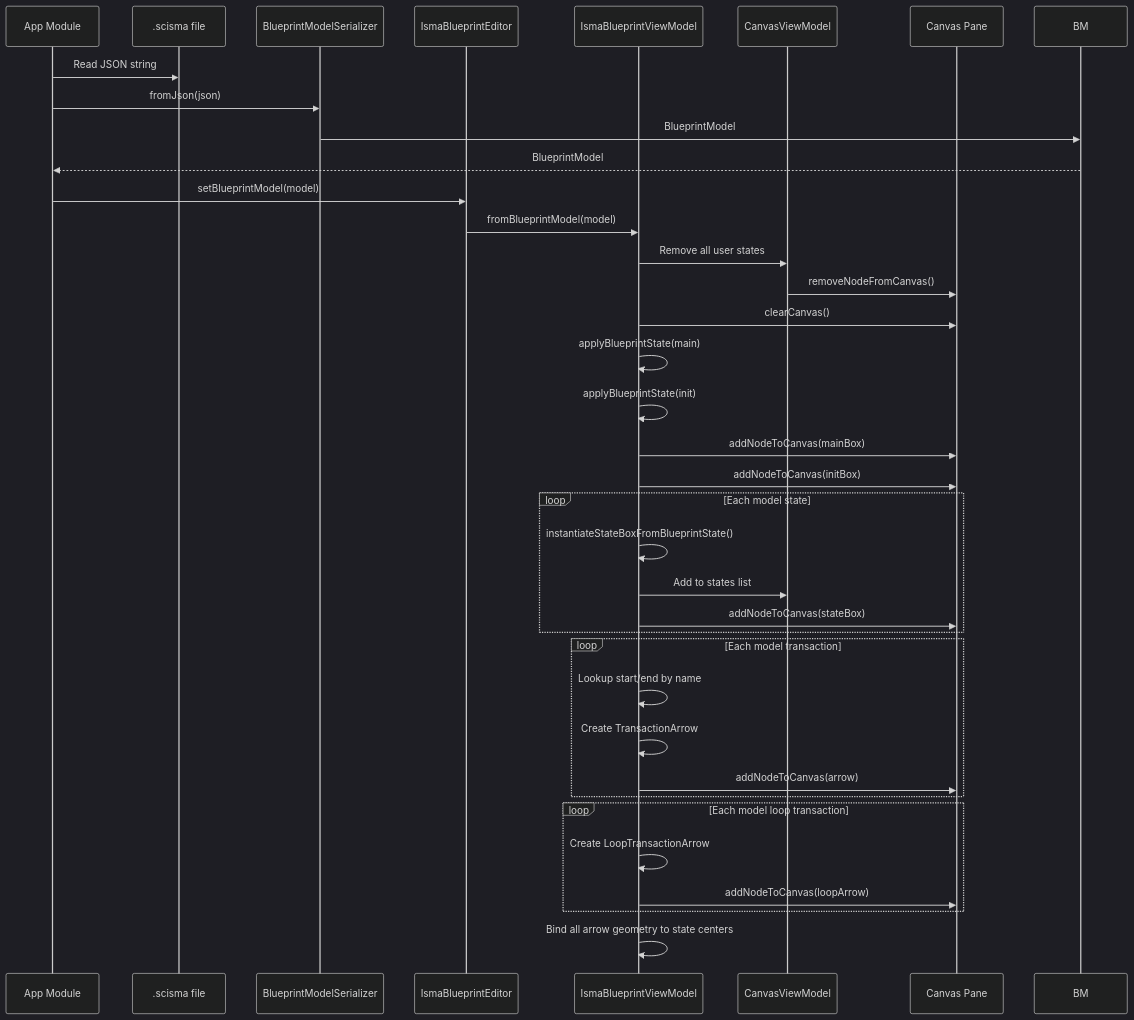
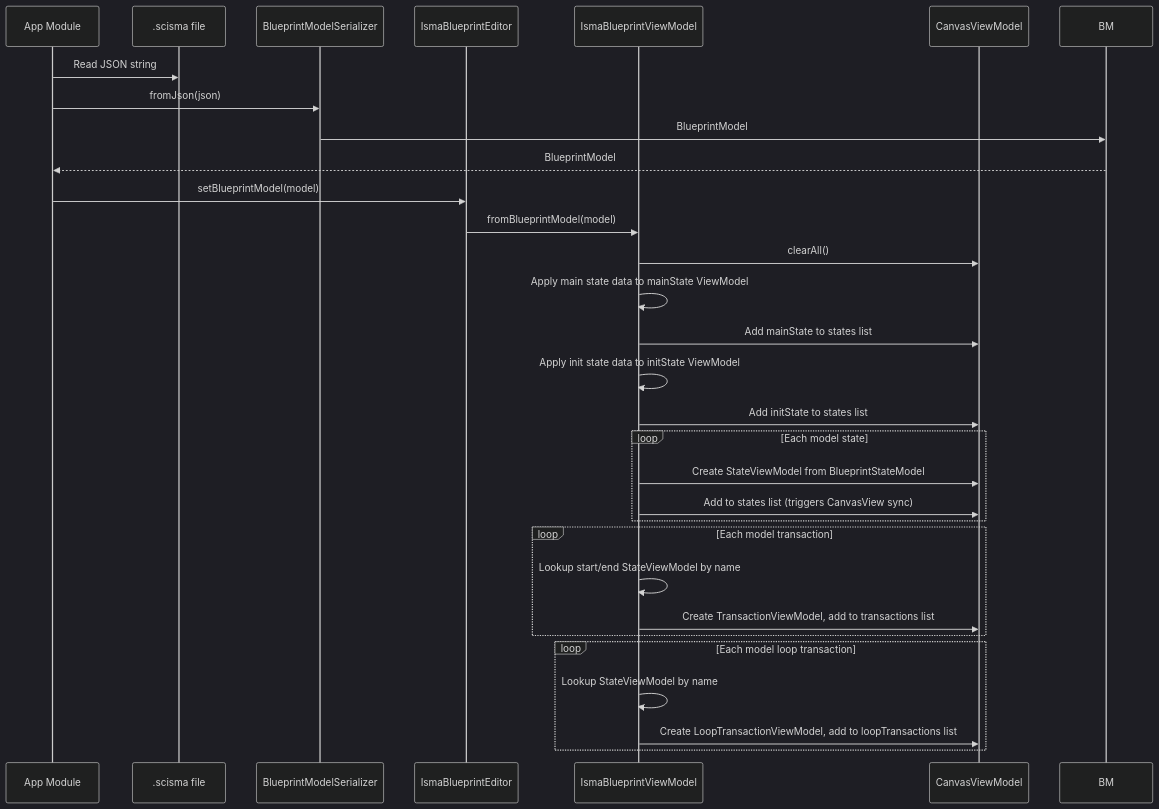
Before and after one commit to SmallBossGames/isma: the second of 2 diagrams in docs/isma-ui/blueprint-editor/01-architecture.md, drawn with Mermaid (dark theme). The commit also changed other lines of this file and 3 other files, not shown here.

````diff
--- a/docs/isma-ui/blueprint-editor/01-architecture.md
+++ b/docs/isma-ui/blueprint-editor/01-architecture.md
@@ -122,39 +139,33 @@
 ```mermaid
 sequenceDiagram
     participant App as App Module
     participant File as .scisma file
     participant BMS as BlueprintModelSerializer
     participant Editor as IsmaBlueprintEditor
     participant VM as IsmaBlueprintViewModel
     participant CVM as CanvasViewModel
-    participant Canvas as Canvas Pane
 
     App->>File: Read JSON string
     App->>BMS: fromJson(json)
     BMS->>BM: BlueprintModel
     BM-->>App: BlueprintModel
     App->>Editor: setBlueprintModel(model)
     Editor->>VM: fromBlueprintModel(model)
-    VM->>CVM: Remove all user states
-    CVM->>Canvas: removeNodeFromCanvas()
-    VM->>Canvas: clearCanvas()
-    VM->>VM: applyBlueprintState(main)
-    VM->>VM: applyBlueprintState(init)
-    VM->>Canvas: addNodeToCanvas(mainBox)
-    VM->>Canvas: addNodeToCanvas(initBox)
+    VM->>CVM: clearAll()
+    VM->>VM: Apply main state data to mainState ViewModel
+    VM->>CVM: Add mainState to states list
+    VM->>VM: Apply init state data to initState ViewModel
+    VM->>CVM: Add initState to states list
     loop Each model state
-        VM->>VM: instantiateStateBoxFromBlueprintState()
-        VM->>CVM: Add to states list
-        VM->>Canvas: addNodeToCanvas(stateBox)
+        VM->>CVM: Create StateViewModel from BlueprintStateModel
+        VM->>CVM: Add to states list (triggers CanvasView sync)
     end
     loop Each model transaction
-        VM->>VM: Lookup start/end by name
-        VM->>VM: Create TransactionArrow
-        VM->>Canvas: addNodeToCanvas(arrow)
+        VM->>VM: Lookup start/end StateViewModel by name
+        VM->>CVM: Create TransactionViewModel, add to transactions list
     end
     loop Each model loop transaction
-        VM->>VM: Create LoopTransactionArrow
-        VM->>Canvas: addNodeToCanvas(loopArrow)
+        VM->>VM: Lookup StateViewModel by name
+        VM->>CVM: Create LoopTransactionViewModel, add to loopTransactions list
     end
-    VM->>VM: Bind all arrow geometry to state centers
 ```
````
